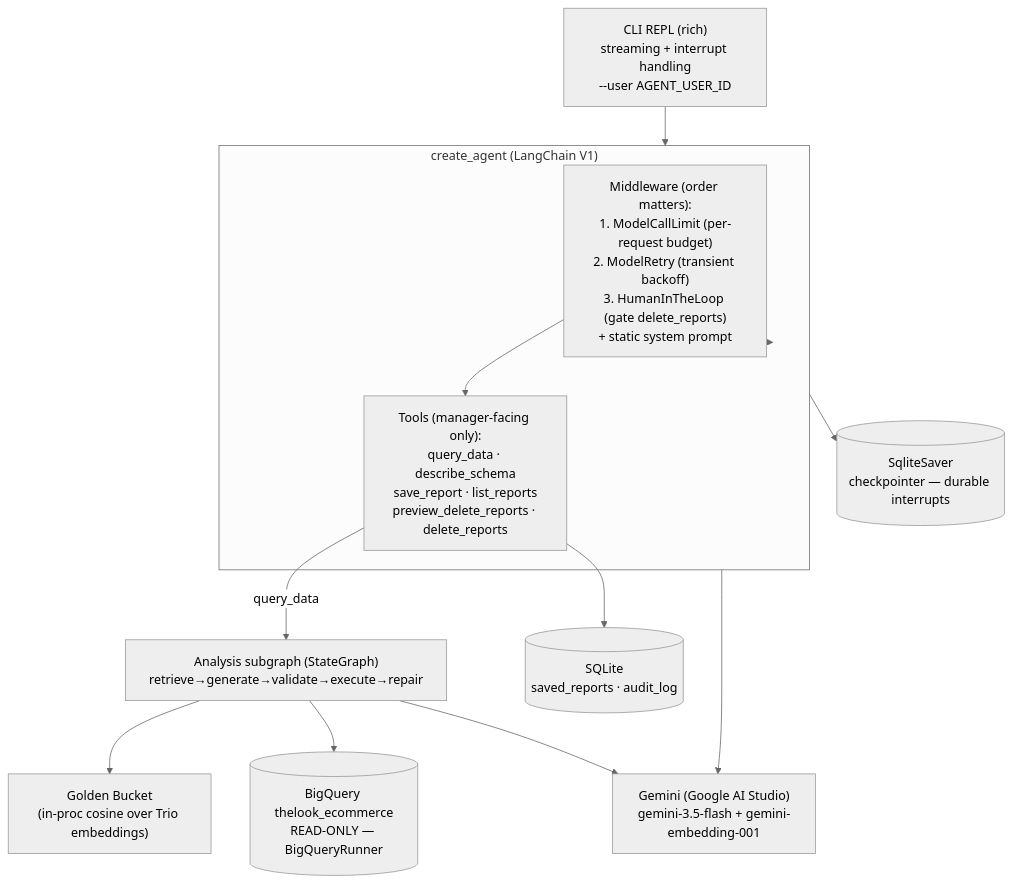
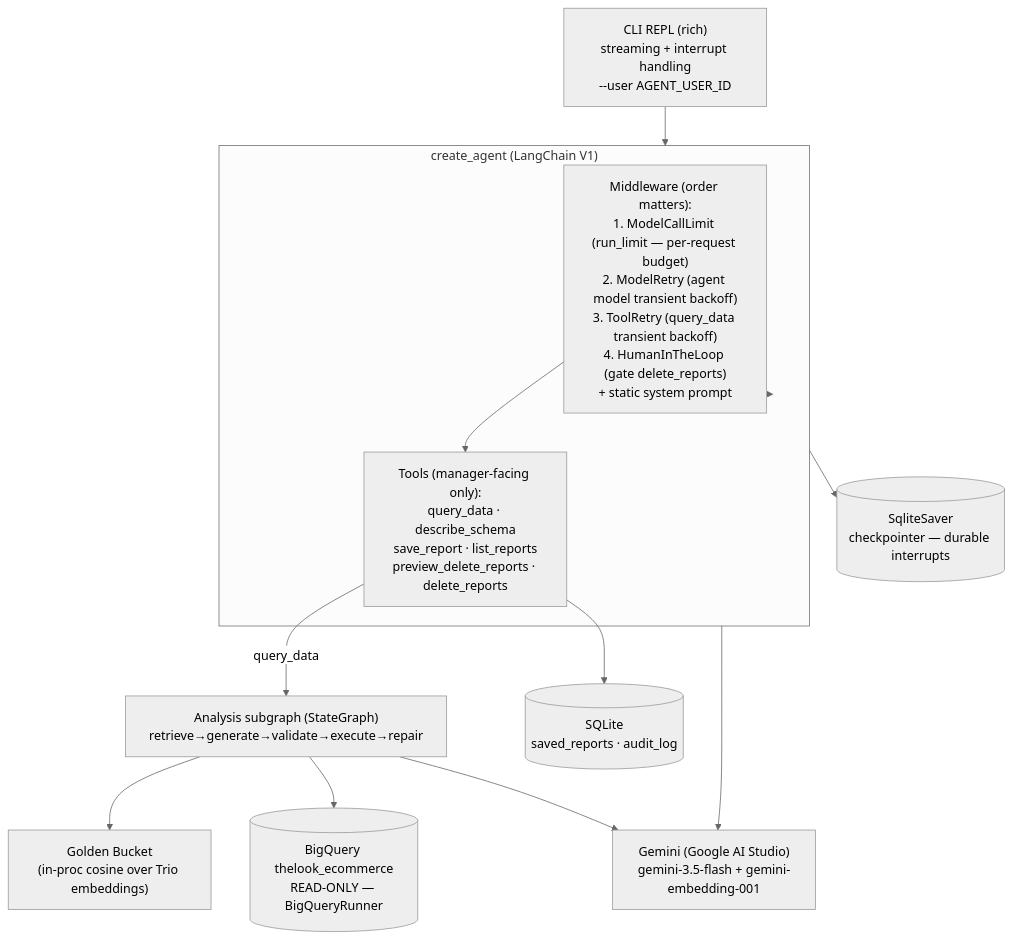
The first of 3 diagrams in docs/superpowers/specs/2026-05-30-retail-data-agent-prototype-design.md (MiloradGlog/opsfleet-interview), drawn with Mermaid (neutral theme) before and after one commit. The commit also changed other lines of this file, not shown here.

````diff
--- a/docs/superpowers/specs/2026-05-30-retail-data-agent-prototype-design.md
+++ b/docs/superpowers/specs/2026-05-30-retail-data-agent-prototype-design.md
@@ -39,24 +41,24 @@
 ```mermaid
 flowchart TB
     cli["CLI REPL (rich)\nstreaming + interrupt handling\n--user AGENT_USER_ID"]
     subgraph agent["create_agent (LangChain V1)"]
-        mw["Middleware (order matters):\n1. ModelCallLimit (per-request budget)\n2. ModelRetry (transient backoff)\n3. HumanInTheLoop (gate delete_reports)\n+ static system prompt"]
+        mw["Middleware (order matters):\n1. ModelCallLimit (run_limit — per-request budget)\n2. ModelRetry (agent model transient backoff)\n3. ToolRetry (query_data transient backoff)\n4. HumanInTheLoop (gate delete_reports)\n+ static system prompt"]
         tools["Tools (manager-facing only):\nquery_data · describe_schema\nsave_report · list_reports\npreview_delete_reports · delete_reports"]
     end
     sg["Analysis subgraph (StateGraph)\nretrieve→generate→validate→execute→repair"]
     gb["Golden Bucket\n(in-proc cosine over Trio embeddings)"]
     bq[("BigQuery thelook_ecommerce\nREAD-ONLY — BigQueryRunner")]
     sqlite[("SQLite\nsaved_reports · audit_log")]
     ckpt[("SqliteSaver\ncheckpointer — durable interrupts")]
     gem["Gemini (Google AI Studio)\ngemini-3.5-flash + gemini-embedding-001"]
 
     cli --> agent
     agent --> mw --> tools
     tools -->|query_data| sg
     sg --> gb
     sg --> bq
     sg --> gem
     agent --> gem
     tools --> sqlite
     agent --> ckpt
 ```
````
